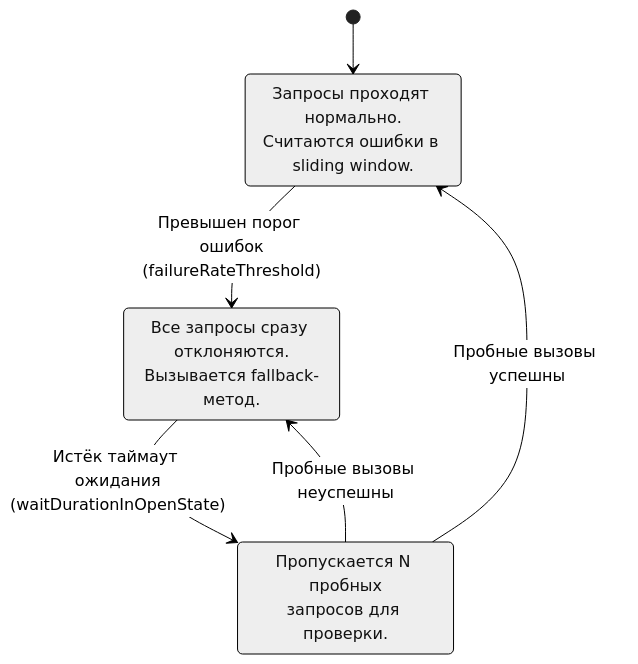
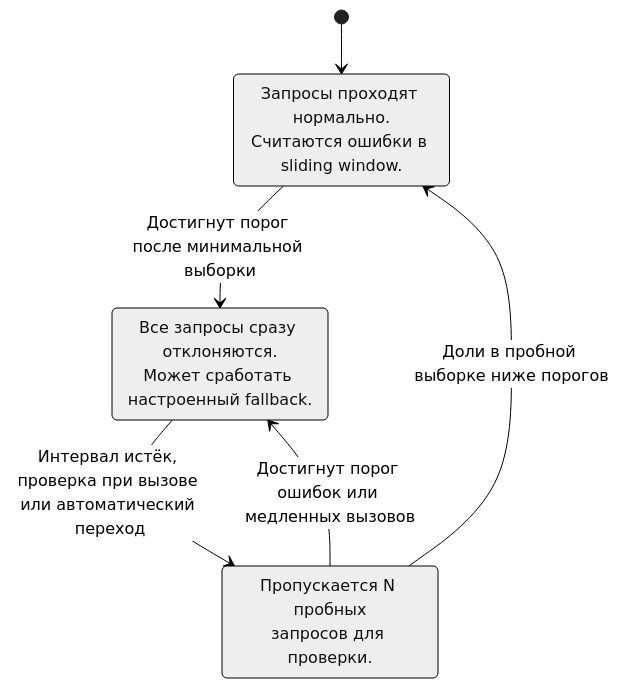
One commit to akeverus/cheat-sheet changed diagram 16 of 19 in cheatsheets/interview/frameworks/spring/spring-cloud-interview.md. Above: the diagram before and after it, drawn with Mermaid (neutral theme). The commit also changed other lines of this file and 2 other files, not shown here.

````diff
--- a/cheatsheets/interview/frameworks/spring/spring-cloud-interview.md
+++ b/cheatsheets/interview/frameworks/spring/spring-cloud-interview.md
@@ -821,12 +974,12 @@
 ```mermaid
 stateDiagram-v2
     [*] --> CLOSED
-    CLOSED --> OPEN: Превышен порог ошибок<br/>(failureRateThreshold)
-    OPEN --> HALF_OPEN: Истёк таймаут ожидания<br/>(waitDurationInOpenState)
-    HALF_OPEN --> CLOSED: Пробные вызовы успешны
-    HALF_OPEN --> OPEN: Пробные вызовы неуспешны
+    CLOSED --> OPEN: Достигнут порог после минимальной выборки
+    OPEN --> HALF_OPEN: Интервал истёк, проверка при вызове или автоматический переход
+    HALF_OPEN --> CLOSED: Доли в пробной выборке ниже порогов
+    HALF_OPEN --> OPEN: Достигнут порог ошибок или медленных вызовов
 
     CLOSED: Запросы проходят нормально.<br/>Считаются ошибки в sliding window.
-    OPEN: Все запросы сразу отклоняются.<br/>Вызывается fallback-метод.
+    OPEN: Все запросы сразу отклоняются.<br/>Может сработать настроенный fallback.
     HALF_OPEN: Пропускается N пробных<br/>запросов для проверки.
 ```
````
